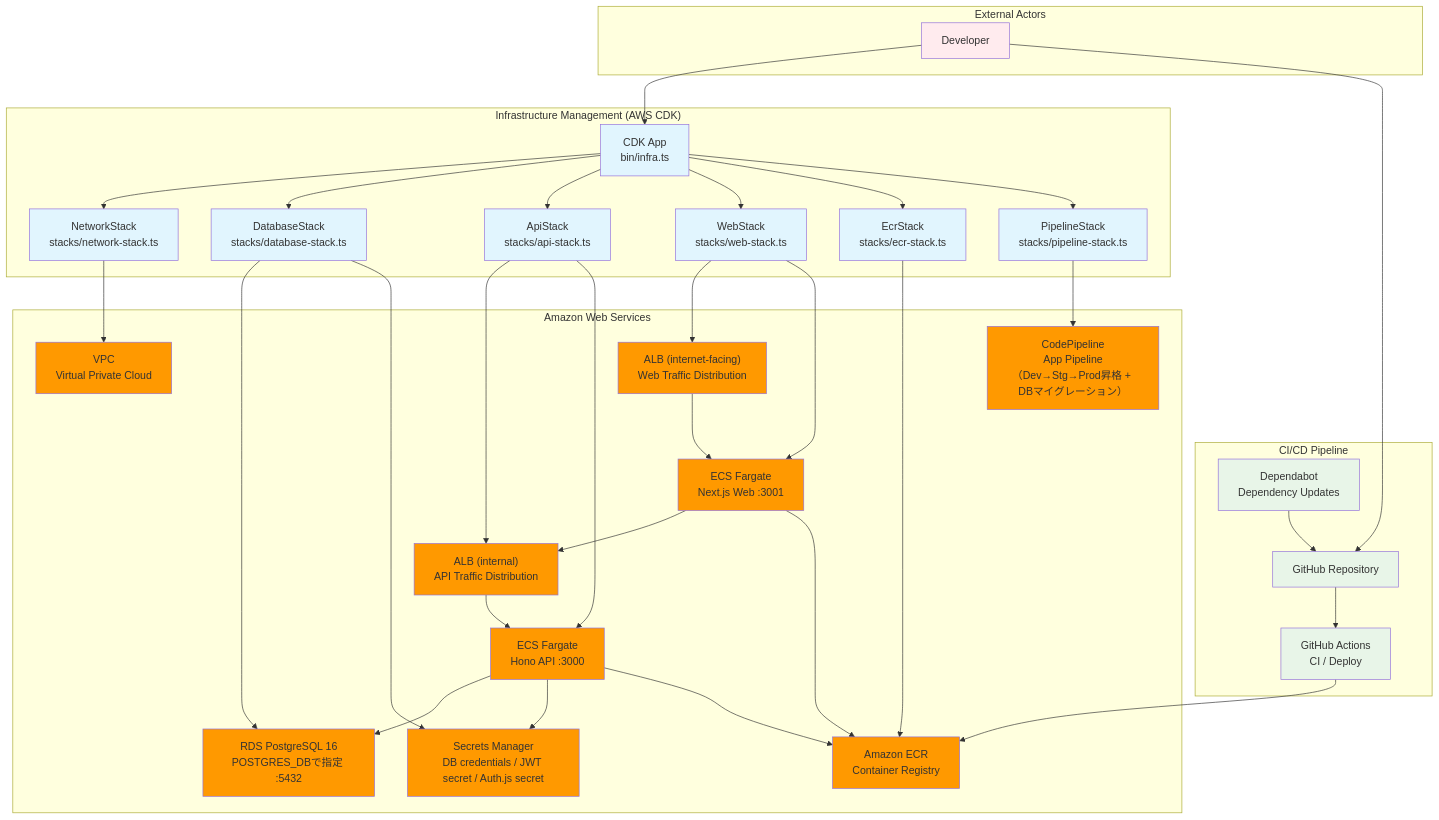
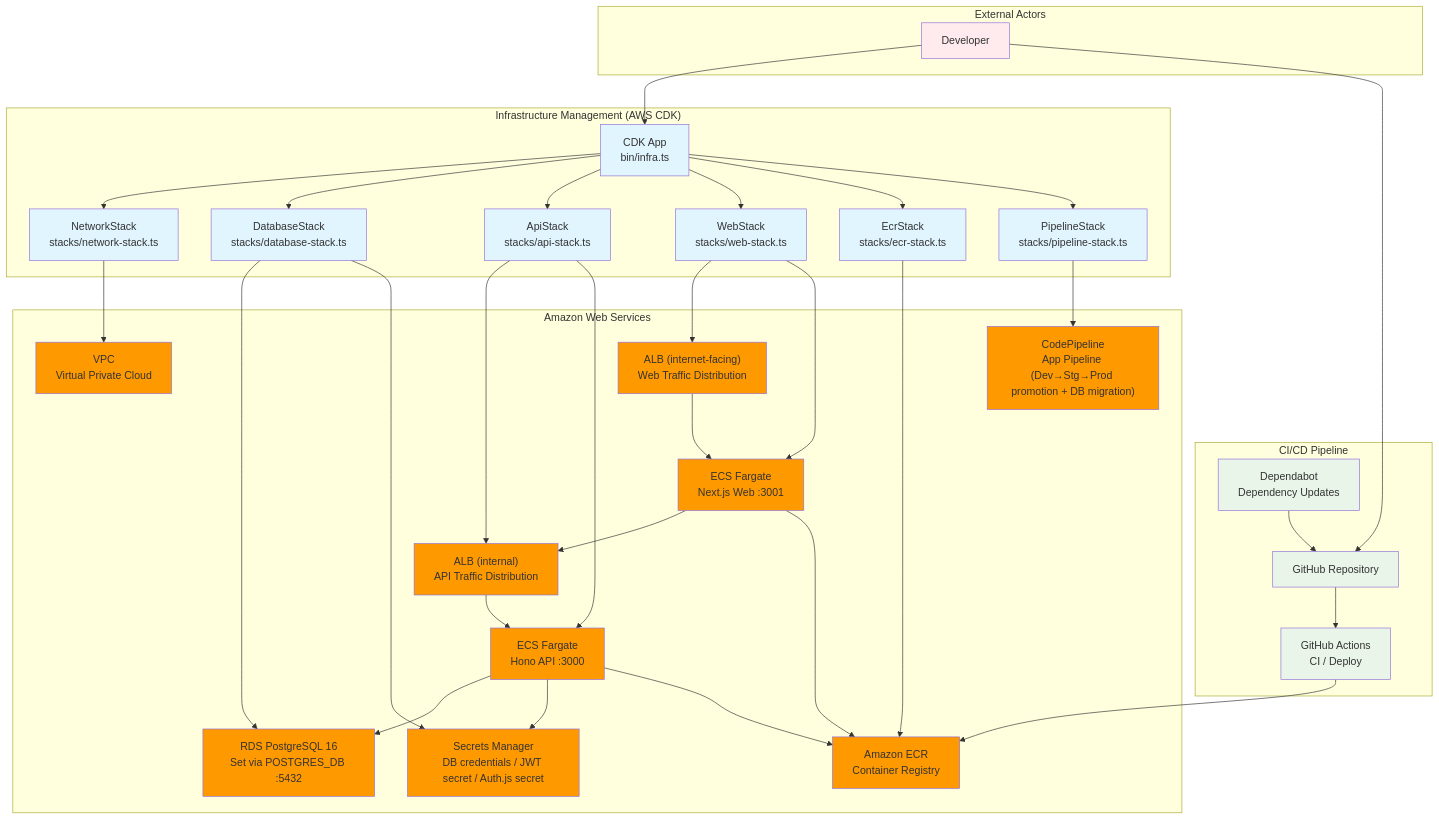
Before and after one commit to kenwoo9y/forge-ts: the first of 5 diagrams in docs/infra-architecture.md, drawn with Mermaid. The commit also changed other lines of this file and 10 other files, not shown here.

````diff
--- a/docs/infra-architecture.md
+++ b/docs/infra-architecture.md
@@ -16,80 +16,80 @@
 ```mermaid
 graph TB
     subgraph "External Actors"
         DEV[Developer]
     end
 
     subgraph "Infrastructure Management (AWS CDK)"
         CDK_APP["CDK App<br/>bin/infra.ts"]
         NETWORK_STACK["NetworkStack<br/>stacks/network-stack.ts"]
         DATABASE_STACK["DatabaseStack<br/>stacks/database-stack.ts"]
         API_STACK["ApiStack<br/>stacks/api-stack.ts"]
         WEB_STACK["WebStack<br/>stacks/web-stack.ts"]
         ECR_STACK["EcrStack<br/>stacks/ecr-stack.ts"]
         PIPELINE_STACK["PipelineStack<br/>stacks/pipeline-stack.ts"]
     end
 
     subgraph "Amazon Web Services"
         VPC["VPC<br/>Virtual Private Cloud"]
         ALB_API["ALB (internal)<br/>API Traffic Distribution"]
         ALB_WEB["ALB (internet-facing)<br/>Web Traffic Distribution"]
         ECS_API["ECS Fargate<br/>Hono API :3000"]
         ECS_WEB["ECS Fargate<br/>Next.js Web :3001"]
-        RDS["RDS PostgreSQL 16<br/>POSTGRES_DBで指定 :5432"]
+        RDS["RDS PostgreSQL 16<br/>Set via POSTGRES_DB :5432"]
         ECR["Amazon ECR<br/>Container Registry"]
         SM["Secrets Manager<br/>DB credentials / JWT secret / Auth.js secret"]
-        CODEPIPELINE["CodePipeline<br/>App Pipeline（Dev→Stg→Prod昇格 + DBマイグレーション）"]
+        CODEPIPELINE["CodePipeline<br/>App Pipeline (Dev→Stg→Prod promotion + DB migration)"]
     end
 
     subgraph "CI/CD Pipeline"
         GITHUB["GitHub Repository"]
         GITHUB_ACTIONS["GitHub Actions<br/>CI / Deploy"]
         DEPENDABOT["Dependabot<br/>Dependency Updates"]
     end
 
     %% Development Flow
     DEV --> CDK_APP
     CDK_APP --> NETWORK_STACK
     CDK_APP --> DATABASE_STACK
     CDK_APP --> API_STACK
     CDK_APP --> WEB_STACK
     CDK_APP --> ECR_STACK
     CDK_APP --> PIPELINE_STACK
 
     %% Infrastructure Resources
     NETWORK_STACK --> VPC
     DATABASE_STACK --> RDS
     DATABASE_STACK --> SM
     API_STACK --> ALB_API
     API_STACK --> ECS_API
     WEB_STACK --> ALB_WEB
     WEB_STACK --> ECS_WEB
     ECR_STACK --> ECR
     PIPELINE_STACK --> CODEPIPELINE
 
     %% Service Connections
     ALB_API --> ECS_API
     ALB_WEB --> ECS_WEB
     ECS_API --> RDS
     ECS_API --> SM
     ECS_WEB --> ALB_API
     ECS_API --> ECR
     ECS_WEB --> ECR
 
     %% CI/CD
     DEV --> GITHUB
     GITHUB --> GITHUB_ACTIONS
     GITHUB_ACTIONS --> ECR
     DEPENDABOT --> GITHUB
 
     %% Styles
     classDef actorClass fill:#ffebee
     classDef infraClass fill:#e1f5fe
     classDef awsClass fill:#ff9900
     classDef ciCdClass fill:#e8f5e8
 
     class DEV actorClass
     class CDK_APP,NETWORK_STACK,DATABASE_STACK,API_STACK,WEB_STACK,ECR_STACK,PIPELINE_STACK infraClass
     class VPC,ALB_API,ALB_WEB,ECS_API,ECS_WEB,RDS,ECR,SM,CODEPIPELINE awsClass
     class GITHUB,GITHUB_ACTIONS,DEPENDABOT ciCdClass
 ```
````
